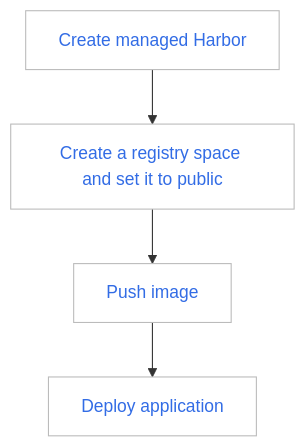
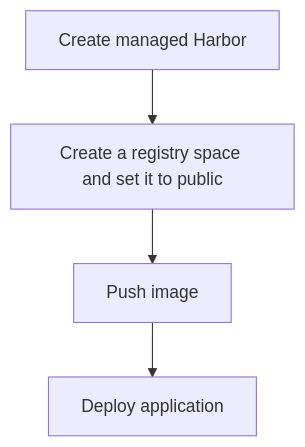
One commit to DaoCloud/DaoCloud-docs changed the first of 3 diagrams in docs/en/docs/kangaroo/quickstart/admin-registry.md. Above: the diagram before and after it, drawn with Mermaid. The commit also changed other lines of this file and 40 other files, not shown here.

Commit message:
remove classdef and class from mermaid blocks globally (#7555)

````diff
--- a/docs/en/docs/kangaroo/quickstart/admin-registry.md
+++ b/docs/en/docs/kangaroo/quickstart/admin-registry.md
@@ -23,18 +23,12 @@
 ```mermaid
 graph TB
 
 create[Create managed Harbor] --> setpublic[Create a registry space and set it to public]
 --> push[Push image]
 --> deploy[Deploy application]
 
-classDef plain fill:#ddd,stroke:#fff,stroke-width:1px,color:#000;
-classDef k8s fill:#326ce5,stroke:#fff,stroke-width:1px,color:#fff;
-classDef cluster fill:#fff,stroke:#bbb,stroke-width:1px,color:#326ce5;
-
-class create,setpublic,push,deploy cluster;
-
 click create "https://docs.daocloud.io/en/kangaroo/hosted/"
 click setpublic "https://docs.daocloud.io/en/kangaroo/integrate/create-space/"
 click push "https://docs.daocloud.io/en/kangaroo/quickstart/push/"
 click deploy "https://docs.daocloud.io/en/kpanda/user-guide/workloads/create-deployment/"
 ```
````
